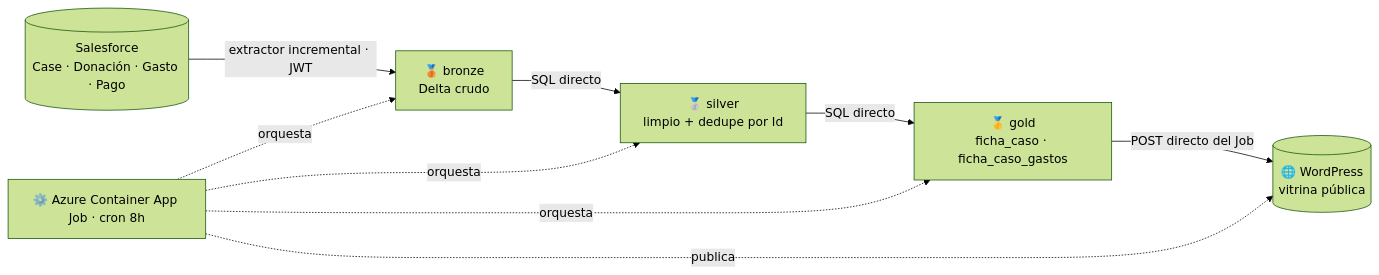
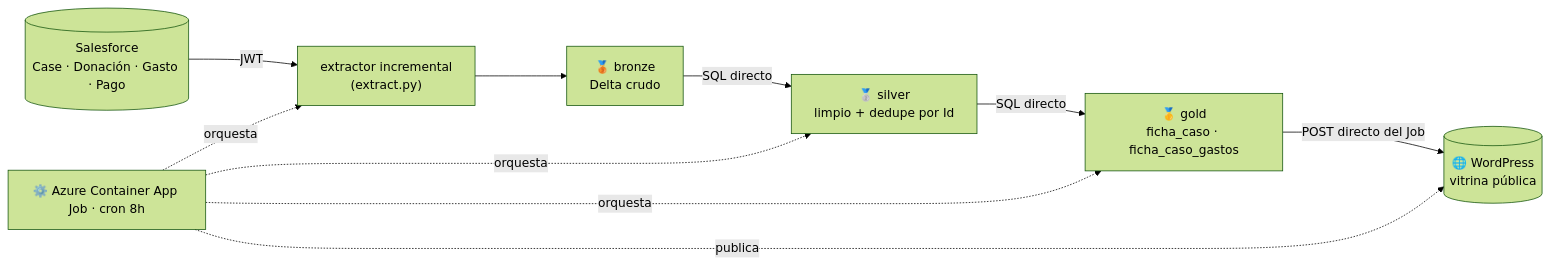
The first of 2 diagrams in docs/proyectos/dw-vitrina-publica.md (VladislavMarinovich/portafolio), drawn with Mermaid (forest theme) before and after one commit. The commit also changed 1 other file, not shown here.

Commit message:
fix(docs): Job orquesta la extracción + portafolio en 1ª persona
- DW-Vitrina: el diagrama ahora muestra que el Container App Job orquesta también la EXTRACCIÓN (extract.py), no solo bronze/silver/gold
- README 'Qué construí': pasa a 1ª persona — la arquitectura y el código del sistema son de Vlad (arquitecto único); la misión/rescates siguen siendo del equipo de la Fundación

````diff
--- a/docs/proyectos/dw-vitrina-publica.md
+++ b/docs/proyectos/dw-vitrina-publica.md
@@ -23,13 +23,14 @@
 ```mermaid
 flowchart LR
     SF[("Salesforce<br/>Case · Donación · Gasto · Pago")]
-    SF -->|extractor incremental · JWT| BRONZE["🥉 bronze<br/>Delta crudo"]
+    SF -->|JWT| EXTRACT["extractor incremental<br/>(extract.py)"]
+    EXTRACT --> BRONZE["🥉 bronze<br/>Delta crudo"]
     BRONZE -->|SQL directo| SILVER["🥈 silver<br/>limpio + dedupe por Id"]
     SILVER -->|SQL directo| GOLD["🥇 gold<br/>ficha_caso · ficha_caso_gastos"]
     GOLD -->|POST directo del Job| WP[("🌐 WordPress<br/>vitrina pública")]
     JOB["⚙️ Azure Container App Job · cron 8h"]
-    JOB -.orquesta.-> BRONZE
+    JOB -.orquesta.-> EXTRACT
     JOB -.orquesta.-> SILVER
     JOB -.orquesta.-> GOLD
     JOB -.publica.-> WP
 ```
````
